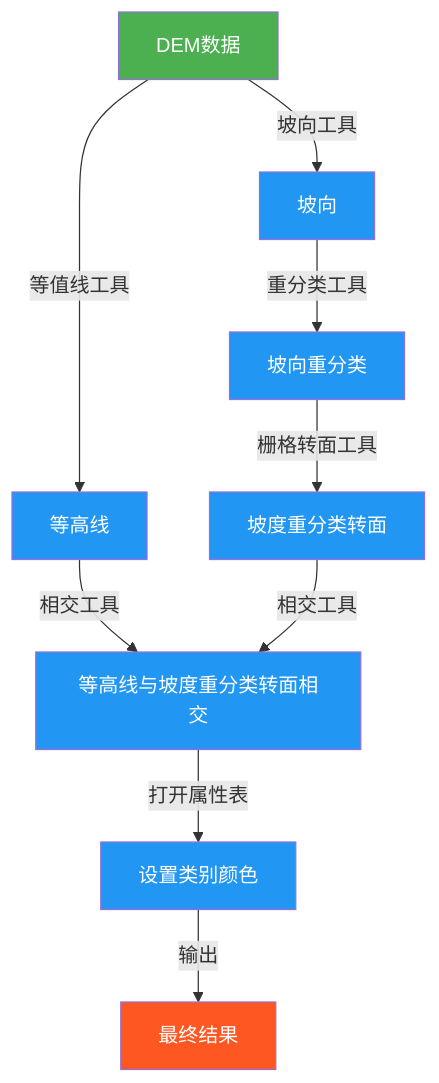
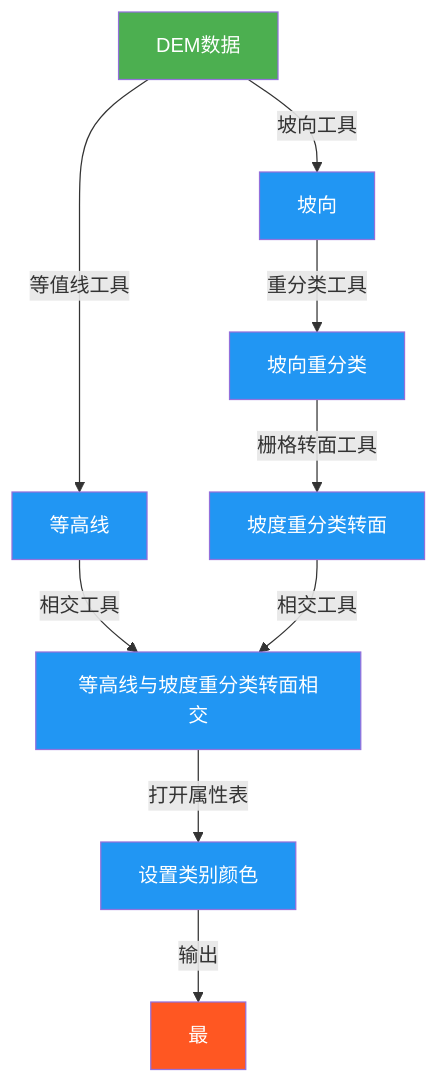
The diagram in all/未命名.md (newguser/iodraw-files), drawn with Mermaid before and after one commit.

Commit message:
2025-02-27 21:26:36 update

````diff
--- a/all/未命名.md
+++ b/all/未命名.md
@@ -1,16 +1,16 @@
 ```mermaid
 graph TD
     A[DEM数据] -->|等值线工具| B[等高线]
     A -->|坡向工具| C[坡向]
     C -->|重分类工具| D[坡向重分类]
     D -->|栅格转面工具| E[坡度重分类转面]
     B -->|相交工具| F[等高线与坡度重分类转面相交]
     E -->|相交工具| F
     F -->|打开属性表| G[设置类别颜色]
-    G -->|输出| H[最终结果]
+    G -->|输出| H[最]
 
     style A fill:#4CAF50,color:white
     style H fill:#FF5722,color:white
     classDef process fill:#2196F3,color:white;
     class B,C,D,E,F,G process
 ```
````
